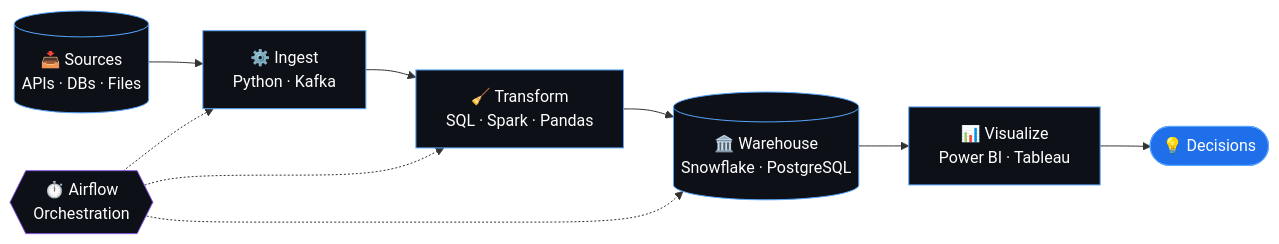
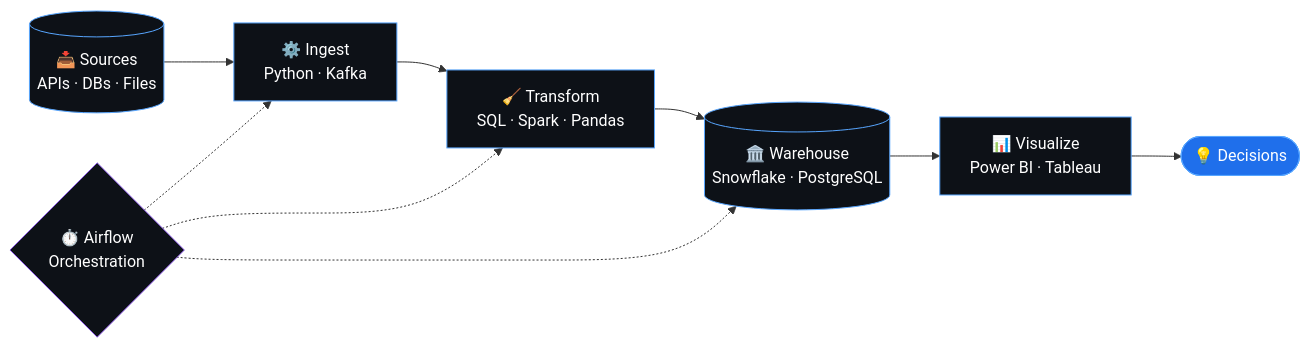
Before and after one commit to MohammedAhmed-01/MohammedAhmed-01: the diagram in README.md, drawn with Mermaid. The commit also changed other lines of this file, not shown here.

````diff
--- a/README.md
+++ b/README.md
@@ -63,18 +79,18 @@
 ```mermaid
 flowchart LR
     A[("📥 Sources<br/>APIs · DBs · Files")] --> B["⚙️ Ingest<br/>Python · Kafka"]
     B --> C["🧹 Transform<br/>SQL · Spark · Pandas"]
     C --> D[("🏛️ Warehouse<br/>Snowflake · PostgreSQL")]
     D --> E["📊 Visualize<br/>Power BI · Tableau"]
     E --> F(["💡 Decisions"])
-    G{{"⏱️ Airflow<br/>Orchestration"}} -.-> B
+    G{"⏱️ Airflow<br/>Orchestration"} -.-> B
     G -.-> C
     G -.-> D
     style A fill:#0D1117,stroke:#58A6FF,color:#fff
     style B fill:#0D1117,stroke:#58A6FF,color:#fff
     style C fill:#0D1117,stroke:#58A6FF,color:#fff
     style D fill:#0D1117,stroke:#58A6FF,color:#fff
     style E fill:#0D1117,stroke:#58A6FF,color:#fff
     style F fill:#1F6FEB,stroke:#58A6FF,color:#fff
     style G fill:#0D1117,stroke:#8957E5,color:#fff
 ```
````
